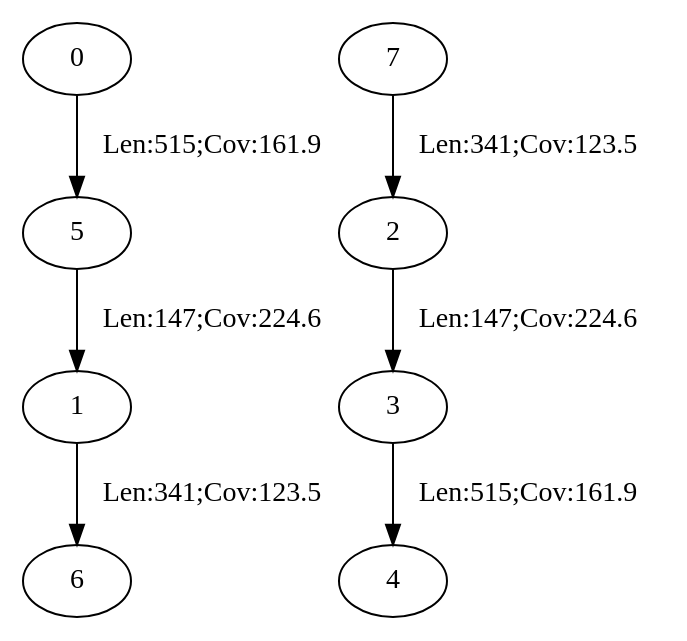
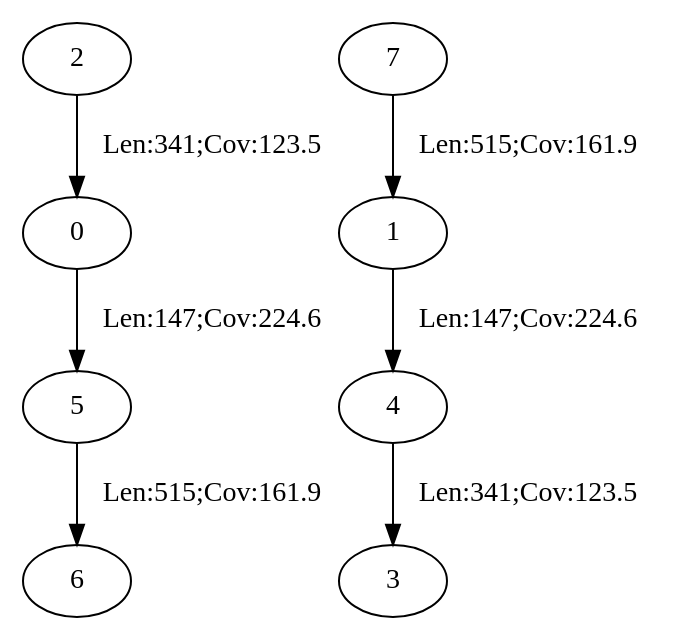
The diagram in hw_5/results_S/notips/graph_notips.dot (ovavulov/BI_NGS21_HW), drawn with Graphviz before and after one commit. The commit also changed 52 other files, not shown here.

```diff
--- a/hw_5/results_S/notips/graph_notips.dot
+++ b/hw_5/results_S/notips/graph_notips.dot
@@ -1,16 +1,16 @@
 digraph {
 0;
 1;
 2;
 3;
 4;
 5;
 6;
 7;
-5 -> 1 [label="Len:147;Cov:224.6"];
-2 -> 3 [label="Len:147;Cov:224.6"];
-1 -> 6 [label="Len:341;Cov:123.5"];
-0 -> 5 [label="Len:515;Cov:161.9"];
-7 -> 2 [label="Len:341;Cov:123.5"];
-3 -> 4 [label="Len:515;Cov:161.9"];
+1 -> 4 [label="Len:147;Cov:224.6"];
+0 -> 5 [label="Len:147;Cov:224.6"];
+5 -> 6 [label="Len:515;Cov:161.9"];
+2 -> 0 [label="Len:341;Cov:123.5"];
+4 -> 3 [label="Len:341;Cov:123.5"];
+7 -> 1 [label="Len:515;Cov:161.9"];
 }
```
